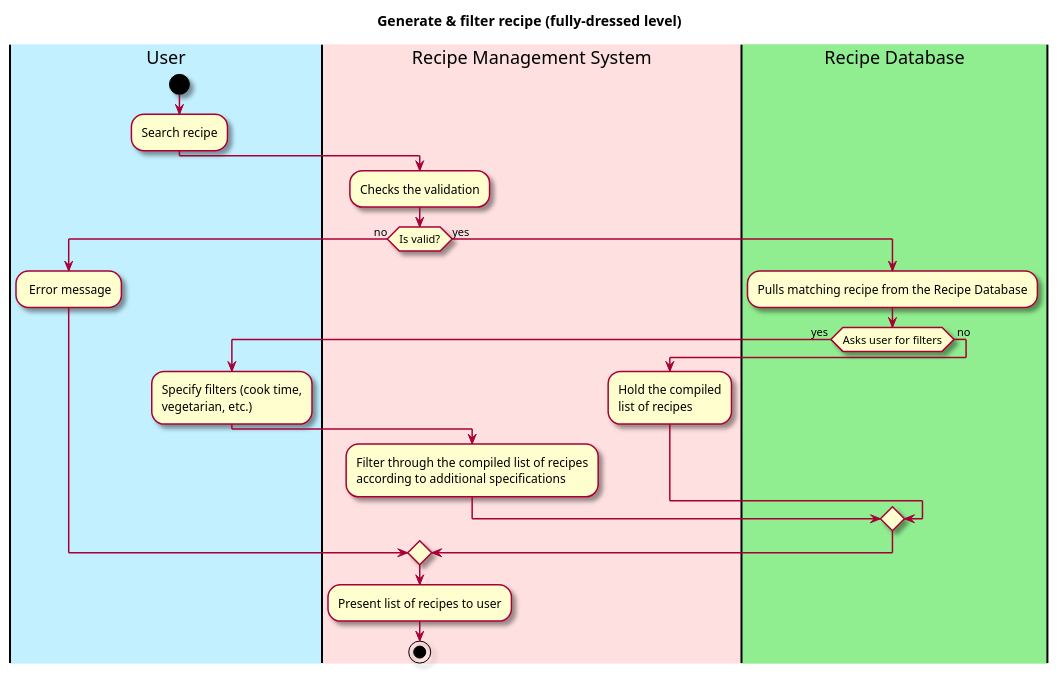
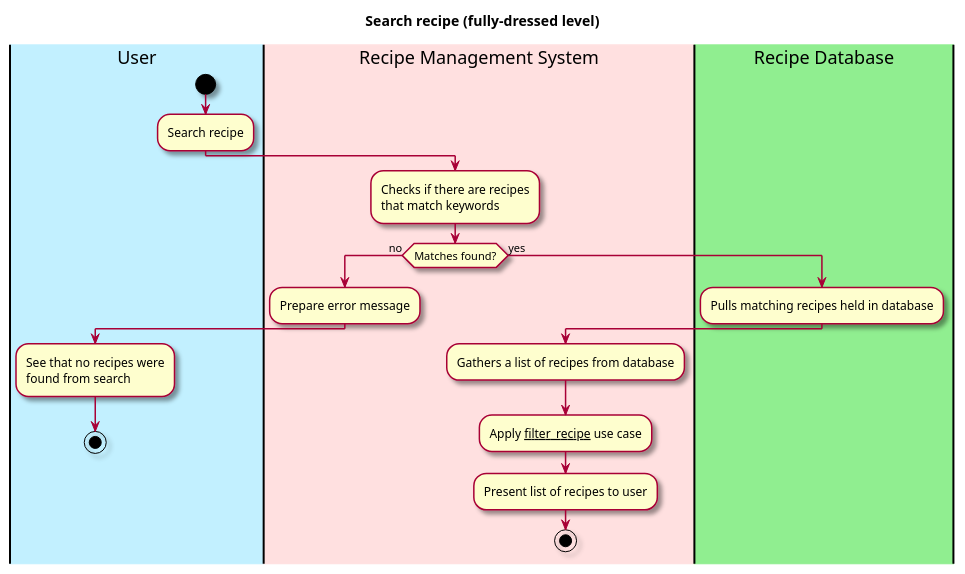
Before and after one commit to berthashipper/Pantry-Pal-Android-Application: the diagram in intellij/doc/use-cases/search_recipes.md, drawn with PlantUML. The commit also changed other lines of this file and 4 other files, not shown here.

Commit message:
Improvements, modifications to use case diagrams

````diff
--- a/intellij/doc/use-cases/search_recipes.md
+++ b/intellij/doc/use-cases/search_recipes.md
@@ -29,45 +29,40 @@
 ```plantuml
 @startuml
 
 skin rose
 
-title Generate & filter recipe (fully-dressed level)
+title Search recipe (fully-dressed level)
 
 'define the lanes
 |#application|User|
 |#implementation|Recipe Management System|
 |#lightgreen|Recipe Database|
 
 |User|
 start
 :Search recipe;
 
 |Recipe Management System|
-:Checks the validation;
+:Checks if there are recipes
+that match keywords;
 
-if (Is valid?) is (no) then
+if (Matches found?) is (no) then
+:Prepare error message;
 |User|
-: Error message;
+:See that no recipes were
+found from search;
+stop
 else (yes)
-   |Recipe Database|
-   :Pulls matching recipe from the Recipe Database;
-if (Asks user for filters) is  ( yes ) then
-|User|
-:Specify filters (cook time,
-vegetarian, etc.);
+
+|Recipe Database|
+:Pulls matching recipes held in database;
+
 |Recipe Management System|
-:Filter through the compiled list of recipes
-according to additional specifications;
-|Recipe Management System|
-else ( no ) 
-:Hold the compiled
-list of recipes;
-endif
+:Gathers a list of recipes from database;
+:Apply __filter_recipe__ use case;
 
-
-endif
 
 :Present list of recipes to user;
 stop
 @enduml
 ```
````
